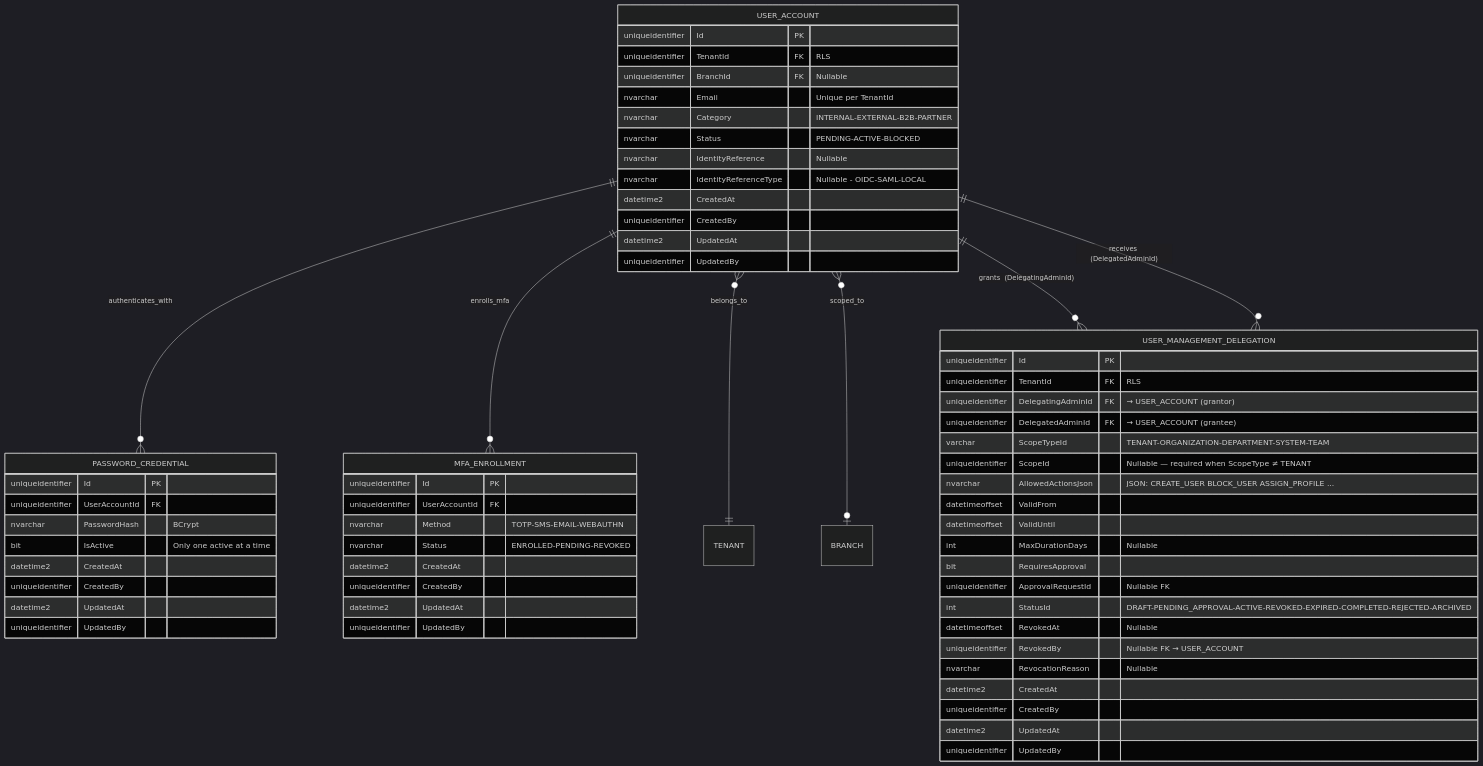
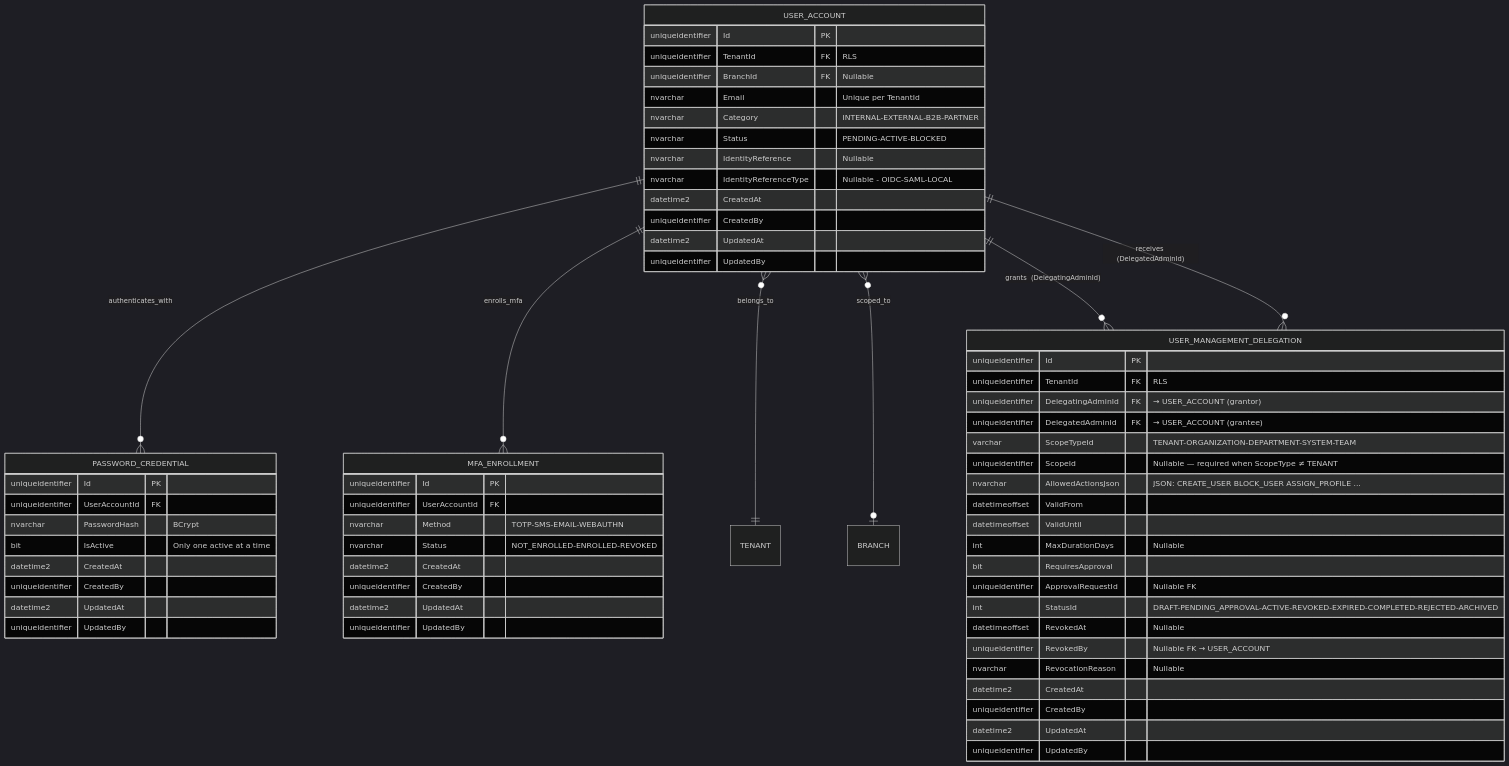
Before and after one commit to beyondnetcode/ums: the fourth of 5 diagrams in docs/domain/identity/user-account.md, drawn with Mermaid (dark theme). The commit also changed other lines of this file and 19 other files, not shown here.

````diff
--- a/docs/domain/identity/user-account.md
+++ b/docs/domain/identity/user-account.md
@@ -207,69 +208,69 @@
 ```mermaid
 erDiagram
     USER_ACCOUNT ||--o{ PASSWORD_CREDENTIAL        : "authenticates_with"
     USER_ACCOUNT ||--o{ MFA_ENROLLMENT             : "enrolls_mfa"
     USER_ACCOUNT }o--|| TENANT                     : "belongs_to"
     USER_ACCOUNT }o--o| BRANCH                     : "scoped_to"
     USER_ACCOUNT ||--o{ USER_MANAGEMENT_DELEGATION : "grants  (DelegatingAdminId)"
     USER_ACCOUNT ||--o{ USER_MANAGEMENT_DELEGATION : "receives (DelegatedAdminId)"
 
     USER_ACCOUNT {
         uniqueidentifier Id PK
         uniqueidentifier TenantId FK "RLS"
         uniqueidentifier BranchId FK "Nullable"
         nvarchar Email "Unique per TenantId"
         nvarchar Category "INTERNAL-EXTERNAL-B2B-PARTNER"
         nvarchar Status "PENDING-ACTIVE-BLOCKED"
         nvarchar IdentityReference "Nullable"
         nvarchar IdentityReferenceType "Nullable - OIDC-SAML-LOCAL"
         datetime2 CreatedAt
         uniqueidentifier CreatedBy
         datetime2 UpdatedAt
         uniqueidentifier UpdatedBy
     }
 
     PASSWORD_CREDENTIAL {
         uniqueidentifier Id PK
         uniqueidentifier UserAccountId FK
         nvarchar PasswordHash "BCrypt"
         bit IsActive "Only one active at a time"
         datetime2 CreatedAt
         uniqueidentifier CreatedBy
         datetime2 UpdatedAt
         uniqueidentifier UpdatedBy
     }
 
     MFA_ENROLLMENT {
         uniqueidentifier Id PK
         uniqueidentifier UserAccountId FK
         nvarchar Method "TOTP-SMS-EMAIL-WEBAUTHN"
-        nvarchar Status "ENROLLED-PENDING-REVOKED"
+        nvarchar Status "NOT_ENROLLED-ENROLLED-REVOKED"
         datetime2 CreatedAt
         uniqueidentifier CreatedBy
         datetime2 UpdatedAt
         uniqueidentifier UpdatedBy
     }
 
     USER_MANAGEMENT_DELEGATION {
         uniqueidentifier Id PK
         uniqueidentifier TenantId FK "RLS"
         uniqueidentifier DelegatingAdminId FK "→ USER_ACCOUNT (grantor)"
         uniqueidentifier DelegatedAdminId FK "→ USER_ACCOUNT (grantee)"
         varchar ScopeTypeId "TENANT-ORGANIZATION-DEPARTMENT-SYSTEM-TEAM"
         uniqueidentifier ScopeId "Nullable — required when ScopeType ≠ TENANT"
         nvarchar AllowedActionsJson "JSON: CREATE_USER BLOCK_USER ASSIGN_PROFILE ..."
         datetimeoffset ValidFrom
         datetimeoffset ValidUntil
         int MaxDurationDays "Nullable"
         bit RequiresApproval
         uniqueidentifier ApprovalRequestId "Nullable FK"
         int StatusId "DRAFT-PENDING_APPROVAL-ACTIVE-REVOKED-EXPIRED-COMPLETED-REJECTED-ARCHIVED"
         datetimeoffset RevokedAt "Nullable"
         uniqueidentifier RevokedBy "Nullable FK → USER_ACCOUNT"
         nvarchar RevocationReason "Nullable"
         datetime2 CreatedAt
         uniqueidentifier CreatedBy
         datetime2 UpdatedAt
         uniqueidentifier UpdatedBy
     }
 ```
````
